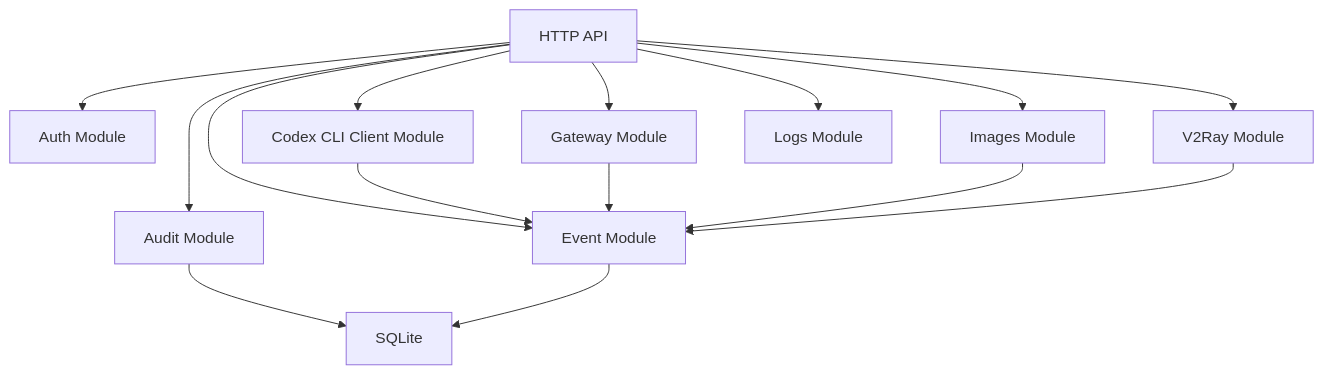
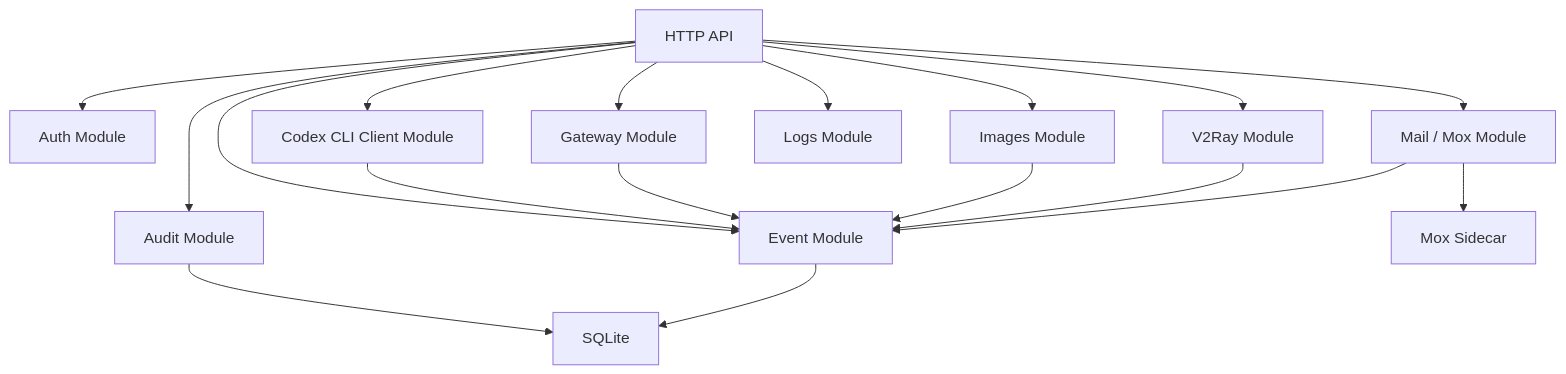
One commit to NageNalock/phantom-lancer changed the second of 2 diagrams in docs/personal-web-terminal-technical-design.md. Above: the diagram before and after it, drawn with Mermaid. The commit also changed other lines of this file and 44 other files, not shown here.

Commit message:
feat(mail): extend mox control plane

````diff
--- a/docs/personal-web-terminal-technical-design.md
+++ b/docs/personal-web-terminal-technical-design.md
@@ -107,18 +110,21 @@
 ```mermaid
 flowchart TD
   API["HTTP API"] --> Auth["Auth Module"]
   API --> CodexClient["Codex CLI Client Module"]
   API --> Gateway["Gateway Module"]
   API --> Images["Images Module"]
   API --> V2Ray["V2Ray Module"]
   API --> Logs["Logs Module"]
+  API --> Mail["Mail / Mox Module"]
   API --> Audit["Audit Module"]
   API --> Event["Event Module"]
 
   CodexClient --> Event
   Gateway --> Event
   Images --> Event
   V2Ray --> Event
+  Mail --> Event
+  Mail --> Mox["Mox Sidecar"]
   Audit --> DB["SQLite"]
   Event --> DB
 ```
````
